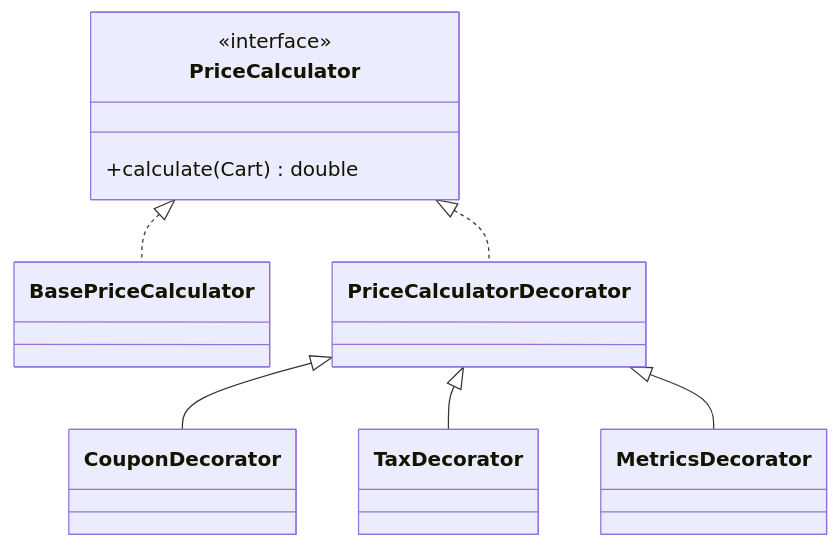
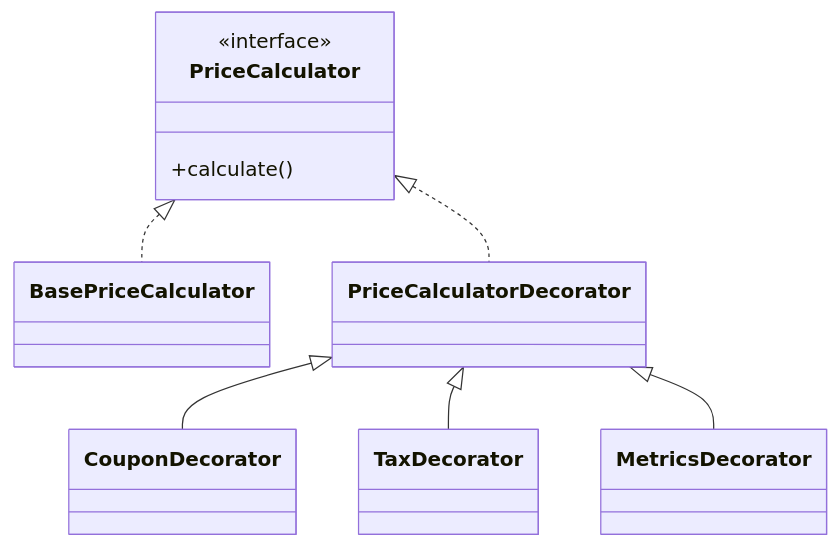
One commit to sandeepbhardwaj/sandeepbhardwaj.github.io changed the diagram in _posts/2025-12-09-decorator-pattern-java-pricing-observability.md. Above: the diagram before and after it, drawn with Mermaid. The commit also changed 85 other files, not shown here.

Commit message:
mermaid flow chart fixes

````diff
--- a/_posts/2025-12-09-decorator-pattern-java-pricing-observability.md
+++ b/_posts/2025-12-09-decorator-pattern-java-pricing-observability.md
@@ -83,17 +83,17 @@
 ```mermaid
 classDiagram
     class PriceCalculator {
       <<interface>>
-      +calculate(Cart) double
+      +calculate()
     }
     class BasePriceCalculator
     class PriceCalculatorDecorator
     class CouponDecorator
     class TaxDecorator
     class MetricsDecorator
     PriceCalculator <|.. BasePriceCalculator
     PriceCalculator <|.. PriceCalculatorDecorator
     PriceCalculatorDecorator <|-- CouponDecorator
     PriceCalculatorDecorator <|-- TaxDecorator
     PriceCalculatorDecorator <|-- MetricsDecorator
 ```
````
